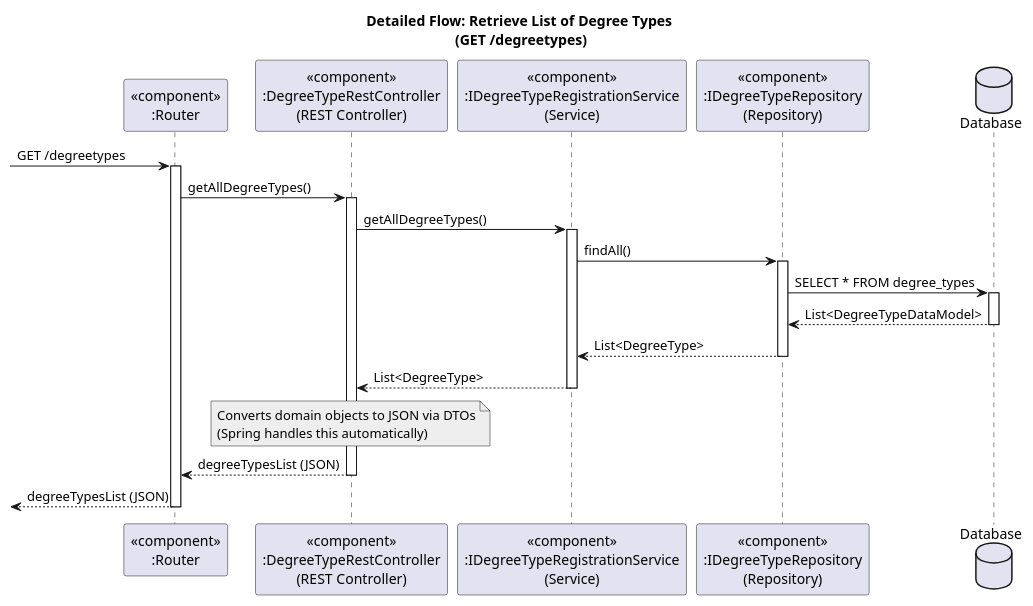
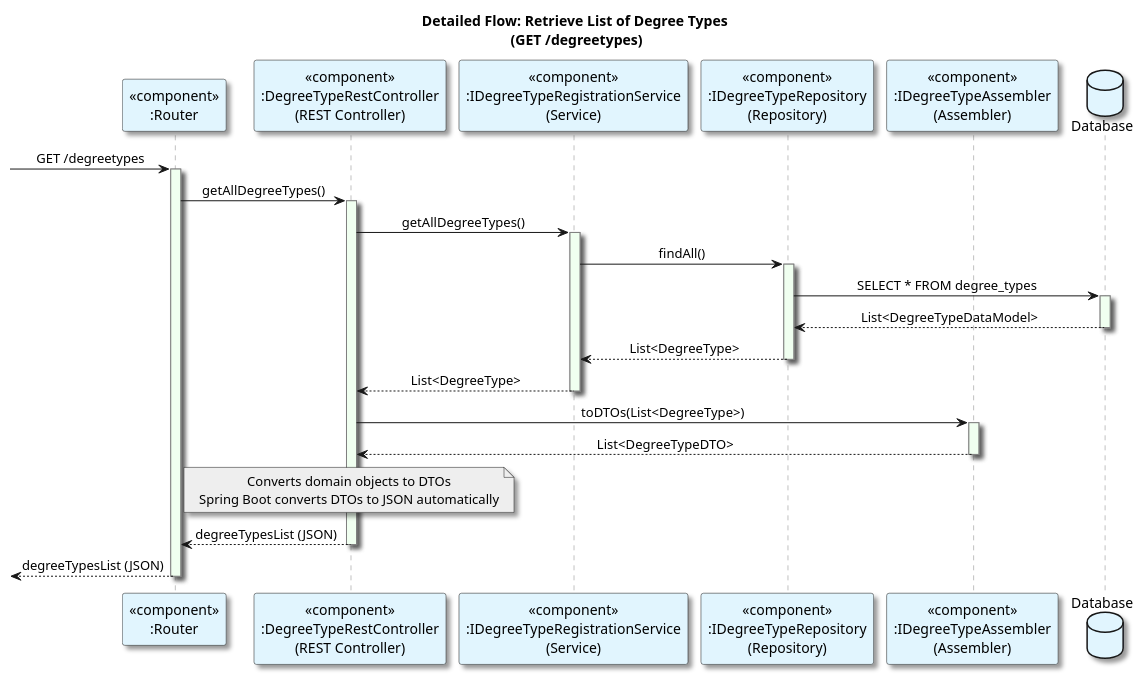
Before and after one commit to GasparISEP/DevOps-PAI: the diagram in docs/US19/Sprint6_RestAPI/ProcessView/references/Reference1_ListOfDegreeTypes.puml, drawn with PlantUML. The commit also changed 4 other files, not shown here.

Commit message:
[docs] Update all 4 Level 3 process view detailed flow diagrams (references) for createCourseEdition to reflect updated methods logic that decouples controller from domain, and simplify focus on essential flow (Refs: #536, #549)

```diff
--- a/docs/US19/Sprint6_RestAPI/ProcessView/references/Reference1_ListOfDegreeTypes.puml
+++ b/docs/US19/Sprint6_RestAPI/ProcessView/references/Reference1_ListOfDegreeTypes.puml
@@ -1,45 +1,59 @@
 @startuml
 title Detailed Flow: Retrieve List of Degree Types \n(GET /degreetypes)
 
-participant "<<component>>\n:Router" as Router
-participant "<<component>>\n:DegreeTypeRestController\n(REST Controller)" as Controller
-participant "<<component>>\n:IDegreeTypeRegistrationService\n(Service)" as Service
-participant "<<component>>\n:IDegreeTypeRepository\n(Repository)" as Repository
-database "Database" as DB
+skinparam sequence {
+    LifeLineBorderColor Grey
+    LifeLineBackgroundColor HoneyDew
+}
+skinparam defaultTextAlignment center
+skinparam shadowing true
+
+participant "<<component>>\n:Router" as Router #E1F5FE
+participant "<<component>>\n:DegreeTypeRestController\n(REST Controller)" as Controller #E1F5FE
+participant "<<component>>\n:IDegreeTypeRegistrationService\n(Service)" as Service #E1F5FE
+participant "<<component>>\n:IDegreeTypeRepository\n(Repository)" as Repository #E1F5FE
+participant "<<component>>\n:IDegreeTypeAssembler\n(Assembler)" as Assembler #E1F5FE
+database "Database" as DB #E1F5FE
 
 -> Router: GET /degreetypes
 activate Router
 
 Router -> Controller: getAllDegreeTypes()
 activate Controller
 
 Controller -> Service: getAllDegreeTypes()
 activate Service
 
 Service -> Repository: findAll()
 activate Repository
 
 Repository -> DB: SELECT * FROM degree_types
 activate DB
 
 DB --> Repository: List<DegreeTypeDataModel>
 deactivate DB
 
 Repository --> Service: List<DegreeType>
 deactivate Repository
 
 Service --> Controller: List<DegreeType>
 deactivate Service
 
+Controller -> Assembler: toDTOs(List<DegreeType>)
+activate Assembler
+
+Assembler --> Controller: List<DegreeTypeDTO>
+deactivate Assembler
+
 note over Controller #EEEEEE
-Converts domain objects to JSON via DTOs
-(Spring handles this automatically)
+Converts domain objects to DTOs
+Spring Boot converts DTOs to JSON automatically
 end note
 
 Controller --> Router: degreeTypesList (JSON)
 deactivate Controller
 
-<-- Router : degreeTypesList (JSON)
+<-- Router: degreeTypesList (JSON)
 deactivate Router
 
 @enduml
```
